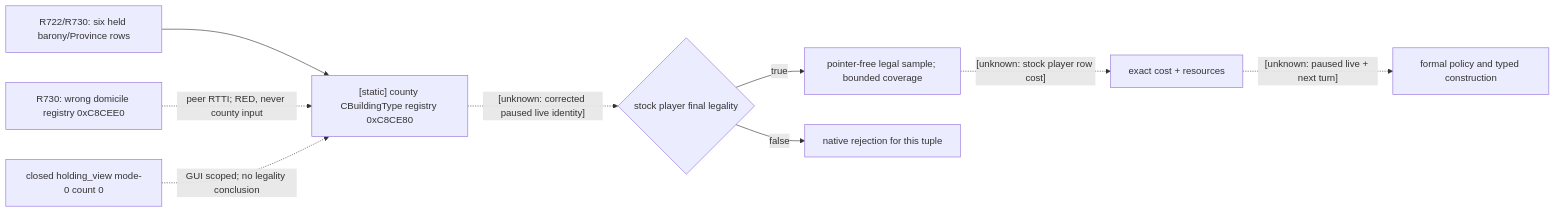
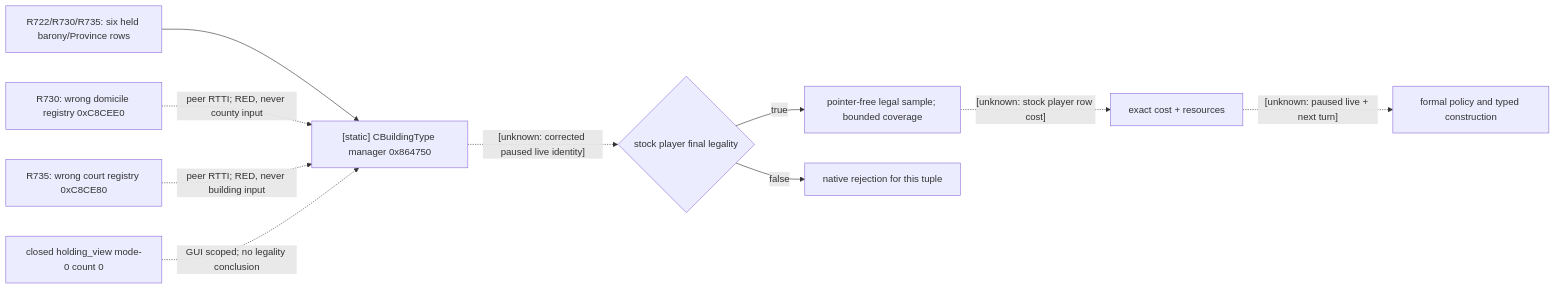
The first of 2 diagrams in docs/ck3-native-ai/domain-construction-ai.md (XenoAmess/ck3_eternal_recurrence), drawn with Mermaid before and after one commit. The commit also changed other lines of this file and 6 other files, not shown here.

Commit message:
G2-M4-R735: read stock building manager definitions

````diff
--- a/docs/ck3-native-ai/domain-construction-ai.md
+++ b/docs/ck3-native-ai/domain-construction-ai.md
@@ -186,11 +195,12 @@
 ```mermaid
 flowchart LR
-    H["R722/R730: six held barony/Province rows"] --> W["[static] county CBuildingType registry 0xC8CE80"]
+    H["R722/R730/R735: six held barony/Province rows"] --> W["[static] CBuildingType manager 0x864750"]
     D["R730: wrong domicile registry 0xC8CEE0"] -. "peer RTTI; RED, never county input" .-> W
+    T["R735: wrong court registry 0xC8CE80"] -. "peer RTTI; RED, never building input" .-> W
     Z["closed holding_view mode-0 count 0"] -. "GUI scoped; no legality conclusion" .-> W
     W -. "[unknown: corrected paused live identity]" .-> L{"stock player final legality"}
     L -->|true| P["pointer-free legal sample; bounded coverage"]
     L -->|false| N["native rejection for this tuple"]
     P -. "[unknown: stock player row cost]" .-> C["exact cost + resources"]
     C -. "[unknown: paused live + next turn]" .-> A["formal policy and typed construction"]
 ```
````
